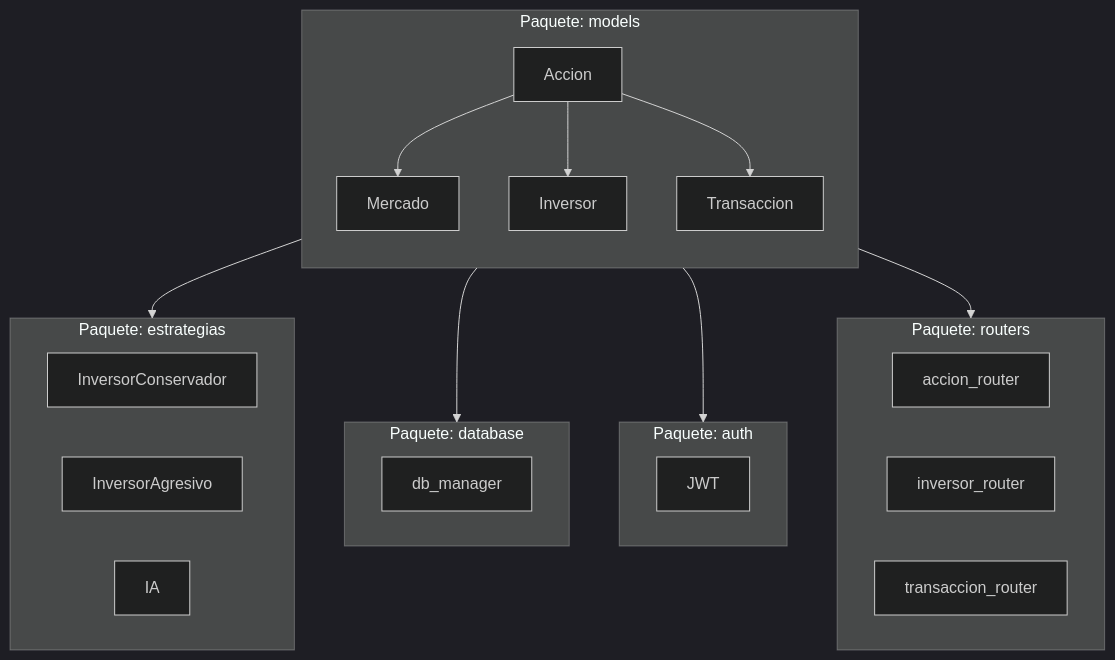
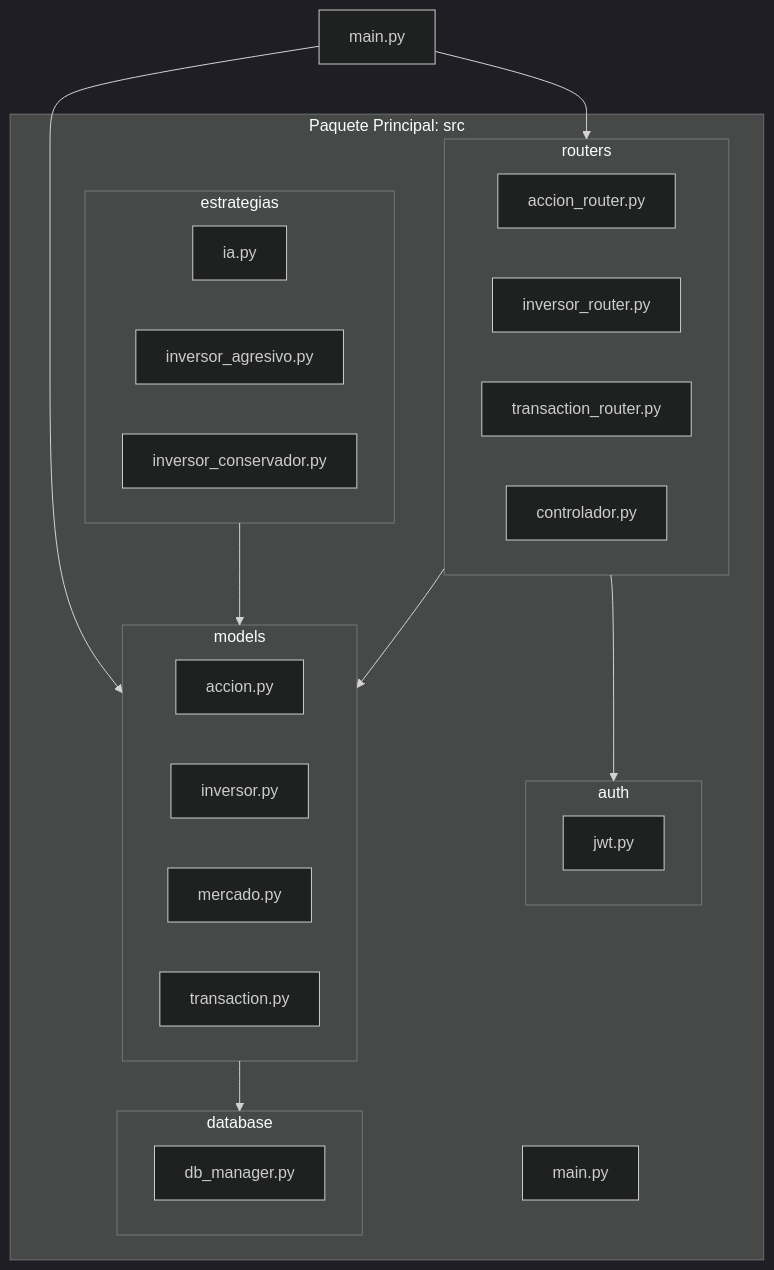
Before and after one commit to NikolasKaplan1/prog2-25-C2: the first of 4 diagrams in README.md, drawn with Mermaid (dark theme).

````diff
--- a/README.md
+++ b/README.md
@@ -38,34 +38,42 @@
 ```mermaid
 flowchart TD
-    subgraph models["Paquete: models"]
-        direction TB
-        A[Accion] --> B[Mercado]
-        A --> C[Inversor]
-        A --> D[Transaccion]
+    subgraph src["Paquete Principal: src"]
+        subgraph auth["auth"]
+            A[jwt.py]
+        end
+
+        subgraph database["database"]
+            B[db_manager.py]
+        end
+
+        subgraph estrategias["estrategias"]
+            C[ia.py]
+            D[inversor_agresivo.py]
+            E[inversor_conservador.py]
+        end
+
+        subgraph models["models"]
+            F[accion.py]
+            G[inversor.py]
+            H[mercado.py]
+            I[transaction.py]
+        end
+
+        subgraph routers["routers"]
+            J[accion_router.py]
+            K[inversor_router.py]
+            L[transaction_router.py]
+            M[controlador.py]
+        end
+
+        N[main.py]
     end
 
-    subgraph estrategias["Paquete: estrategias"]
-        E[InversorConservador]
-        F[InversorAgresivo]
-        G[IA]
-    end
-
-    subgraph database["Paquete: database"]
-        H[db_manager]
-    end
-
-    subgraph auth["Paquete: auth"]
-        I[JWT]
-    end
-
-    subgraph routers["Paquete: routers"]
-        J[accion_router]
-        K[inversor_router]
-        L[transaccion_router]
-    end
-
-    models --> estrategias
+    %% Relaciones entre paquetes
+    routers --> models
+    routers --> auth
     models --> database
-    models --> auth
-    models --> routers
+    estrategias --> models
+    main.py --> routers
+    main.py --> models
 ```
````
